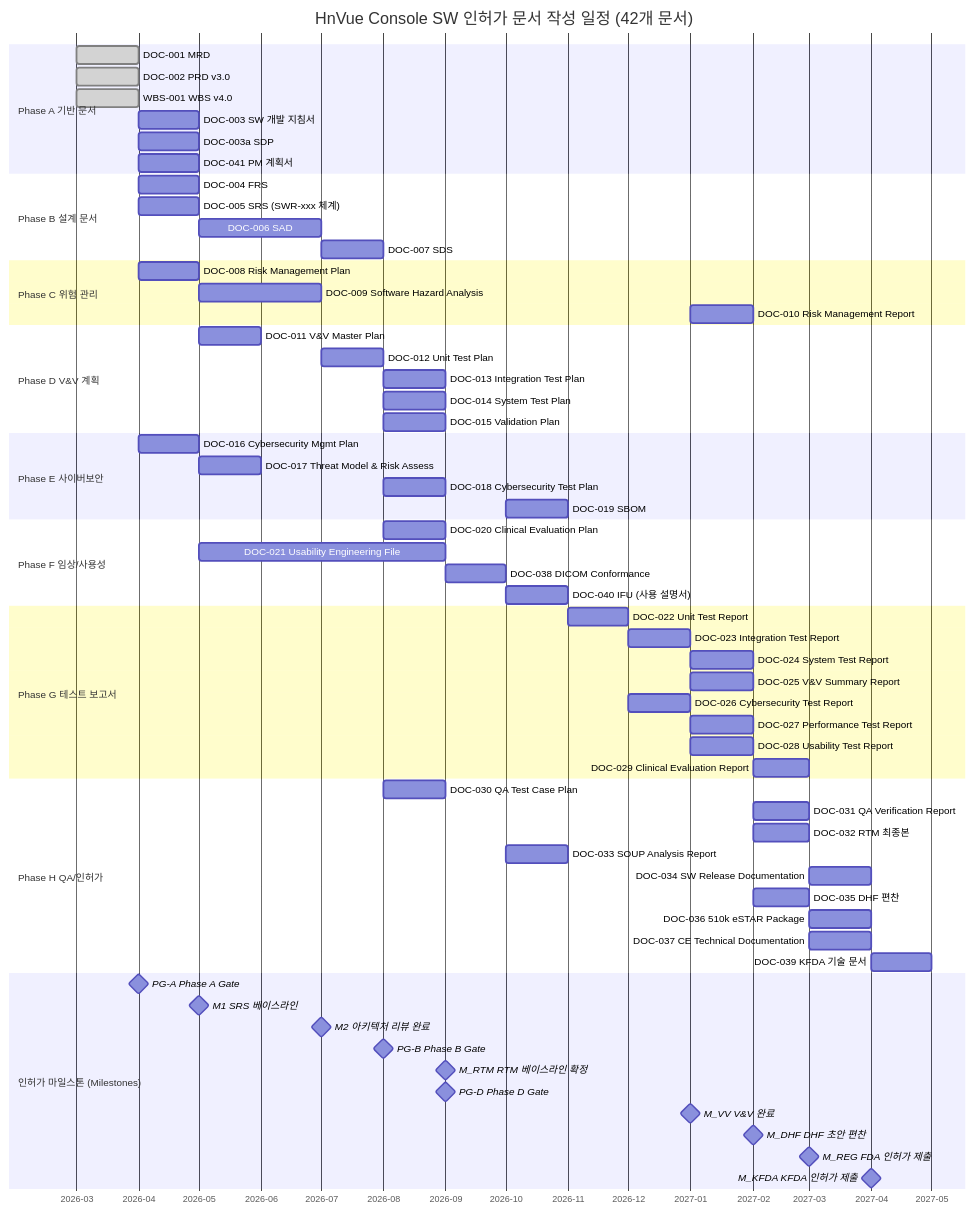
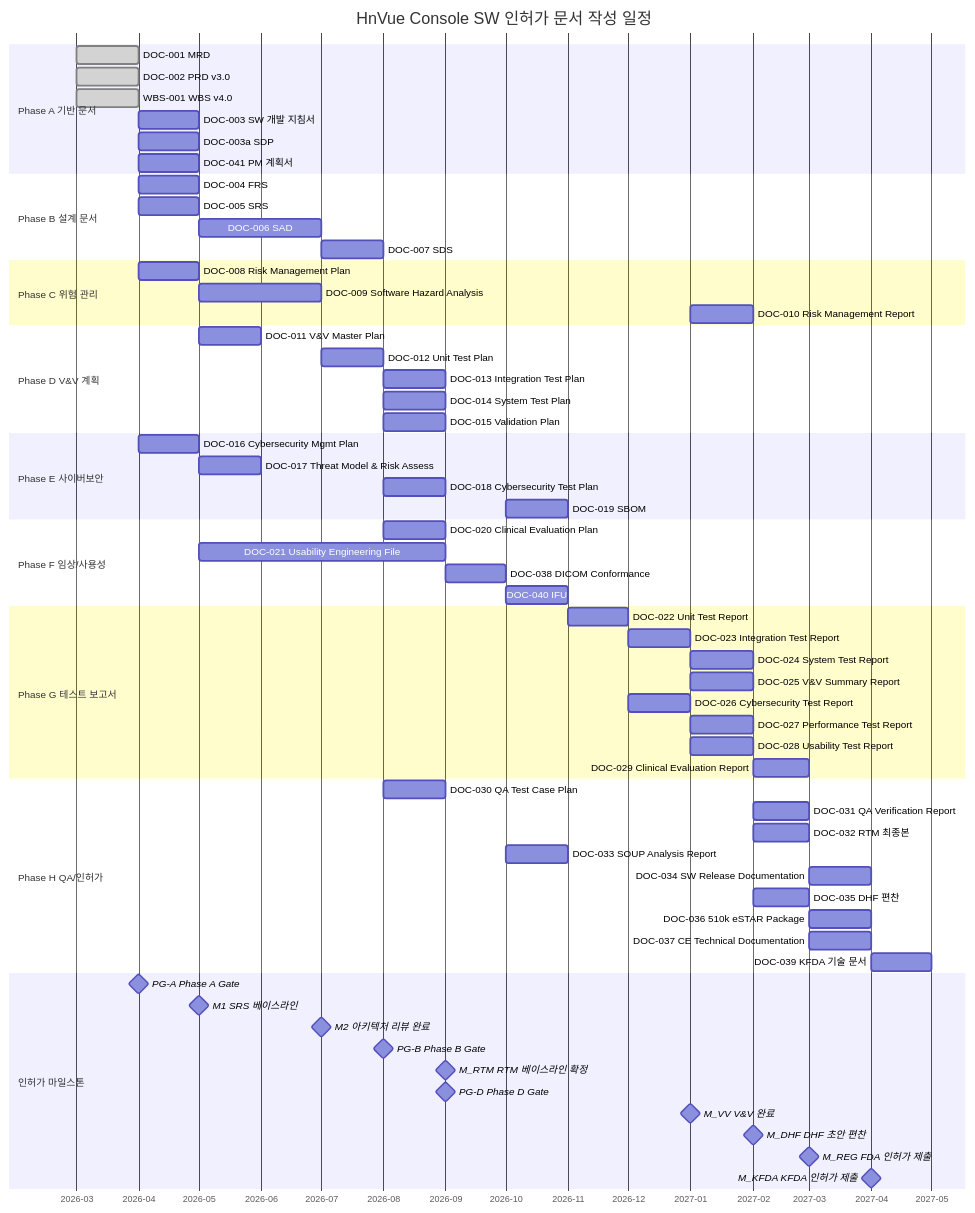
One commit to holee9/console-gui changed the fourth of 9 diagrams in docs/management/DMP-001_DMP_v1.0.md. Above: the diagram before and after it, drawn with Mermaid. The commit also changed other lines of this file and 10 other files, not shown here.

First line of the commit message:
fix: Gantt 차트 전면 수정 + 버전 불일치 해소

````diff
--- a/docs/management/DMP-001_DMP_v1.0.md
+++ b/docs/management/DMP-001_DMP_v1.0.md
@@ -581,77 +581,78 @@
 ```mermaid
 gantt
-    title HnVue Console SW 인허가 문서 작성 일정 (42개 문서)
+    title HnVue Console SW 인허가 문서 작성 일정
     dateFormat  YYYY-MM
     axisFormat  %Y-%m
 
     section Phase A 기반 문서
     DOC-001 MRD                          :done, a1, 2026-03, 1M
     DOC-002 PRD v3.0                    :done, a2, 2026-03, 1M
     WBS-001 WBS v4.0                    :done, a3, 2026-03, 1M
     DOC-003 SW 개발 지침서              :a4, 2026-04, 1M
     DOC-003a SDP                        :a5, 2026-04, 1M
     DOC-041 PM 계획서                   :a6, 2026-04, 1M
 
     section Phase B 설계 문서
     DOC-004 FRS                         :b1, 2026-04, 1M
-    DOC-005 SRS (SWR-xxx 체계)         :b2, 2026-04, 1M
+    DOC-005 SRS         :b2, 2026-04, 1M
     DOC-006 SAD                         :b3, 2026-05, 2M
     DOC-007 SDS                         :b4, 2026-07, 1M
 
     section Phase C 위험 관리
     DOC-008 Risk Management Plan        :c1, 2026-04, 1M
     DOC-009 Software Hazard Analysis    :c2, 2026-05, 2M
     DOC-010 Risk Management Report      :c3, 2027-01, 1M
 
     section Phase D V&V 계획
     DOC-011 V&V Master Plan             :d1, 2026-05, 1M
     DOC-012 Unit Test Plan              :d2, 2026-07, 1M
     DOC-013 Integration Test Plan       :d3, 2026-08, 1M
     DOC-014 System Test Plan            :d4, 2026-08, 1M
     DOC-015 Validation Plan             :d5, 2026-08, 1M
 
     section Phase E 사이버보안
     DOC-016 Cybersecurity Mgmt Plan     :e1, 2026-04, 1M
     DOC-017 Threat Model & Risk Assess  :e2, 2026-05, 1M
     DOC-018 Cybersecurity Test Plan     :e3, 2026-08, 1M
     DOC-019 SBOM                        :e4, 2026-10, 1M
 
     section Phase F 임상/사용성
     DOC-020 Clinical Evaluation Plan    :f1, 2026-08, 1M
     DOC-021 Usability Engineering File  :f2, 2026-05, 4M
     DOC-038 DICOM Conformance           :f3, 2026-09, 1M
-    DOC-040 IFU (사용 설명서)           :f4, 2026-10, 1M
+    DOC-040 IFU           :f4, 2026-10, 1M
 
     section Phase G 테스트 보고서
     DOC-022 Unit Test Report            :g1, 2026-11, 1M
     DOC-023 Integration Test Report     :g2, 2026-12, 1M
     DOC-024 System Test Report          :g3, 2027-01, 1M
     DOC-025 V&V Summary Report          :g4, 2027-01, 1M
     DOC-026 Cybersecurity Test Report   :g5, 2026-12, 1M
     DOC-027 Performance Test Report     :g6, 2027-01, 1M
     DOC-028 Usability Test Report       :g7, 2027-01, 1M
     DOC-029 Clinical Evaluation Report  :g8, 2027-02, 1M
 
     section Phase H QA/인허가
     DOC-030 QA Test Case Plan           :h1, 2026-08, 1M
     DOC-031 QA Verification Report      :h2, 2027-02, 1M
     DOC-032 RTM 최종본                  :h3, 2027-02, 1M
     DOC-033 SOUP Analysis Report        :h4, 2026-10, 1M
     DOC-034 SW Release Documentation    :h5, 2027-03, 1M
     DOC-035 DHF 편찬                    :h6, 2027-02, 1M
     DOC-036 510k eSTAR Package          :h7, 2027-03, 1M
     DOC-037 CE Technical Documentation  :h8, 2027-03, 1M
     DOC-039 KFDA 기술 문서              :h9, 2027-04, 1M
 
-    section 인허가 마일스톤 (Milestones)
+    section 인허가 마일스톤
     PG-A Phase A Gate                   :milestone, mga, 2026-04, 0d
     M1 SRS 베이스라인                   :milestone, m1, 2026-05, 0d
     M2 아키텍처 리뷰 완료              :milestone, m2, 2026-07, 0d
     PG-B Phase B Gate                   :milestone, mgb, 2026-08, 0d
     M_RTM RTM 베이스라인 확정          :milestone, mRTM, 2026-09, 0d
     PG-D Phase D Gate                   :milestone, mgd, 2026-09, 0d
     M_VV V&V 완료                      :milestone, mVV, 2027-01, 0d
     M_DHF DHF 초안 편찬                :milestone, mDHF, 2027-02, 0d
     M_REG FDA 인허가 제출              :milestone, mREG, 2027-03, 0d
     M_KFDA KFDA 인허가 제출            :milestone, mKFDA, 2027-04, 0d
+
 ```
````
